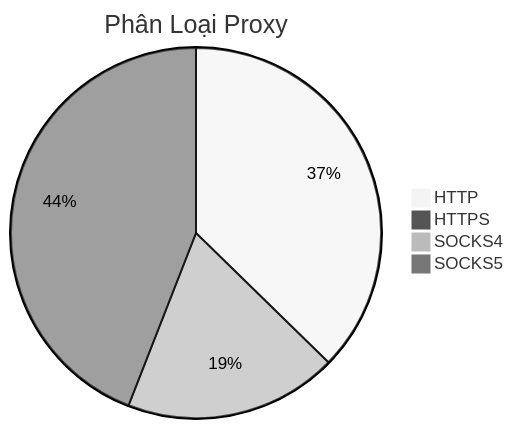
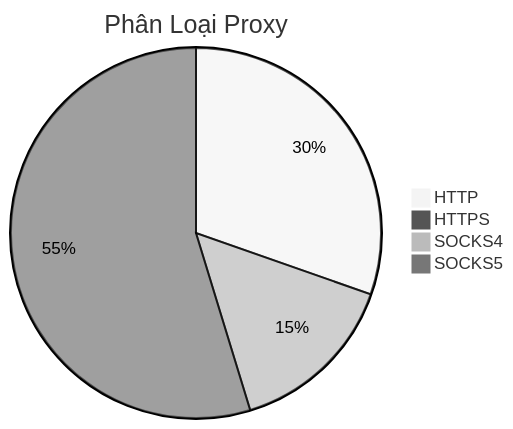
Before and after one commit to Ciara-Aa/PROXY-free: the diagram in README.md, drawn with Mermaid (neutral theme). The commit also changed other lines of this file and 4 other files, not shown here.

````diff
--- a/README.md
+++ b/README.md
@@ -26,7 +26,7 @@
 ```mermaid
 pie title Phân Loại Proxy
-    "HTTP" : 503
-    "HTTPS" : 6
-    "SOCKS4" : 251
-    "SOCKS5" : 594
+    "HTTP" : 585
+    "HTTPS" : 3
+    "SOCKS4" : 287
+    "SOCKS5" : 1054
 ```
````
